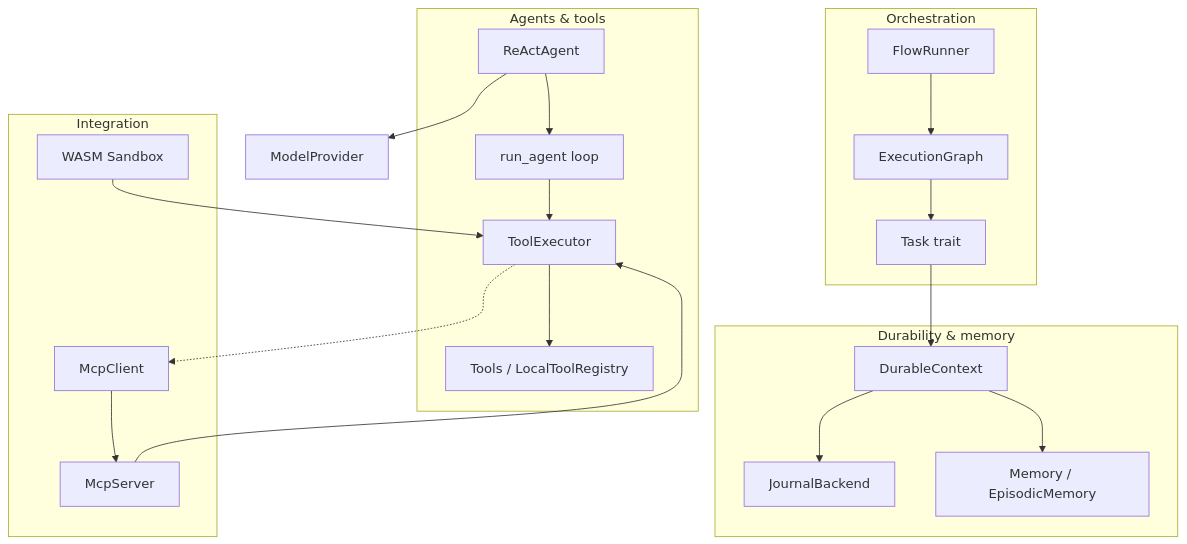
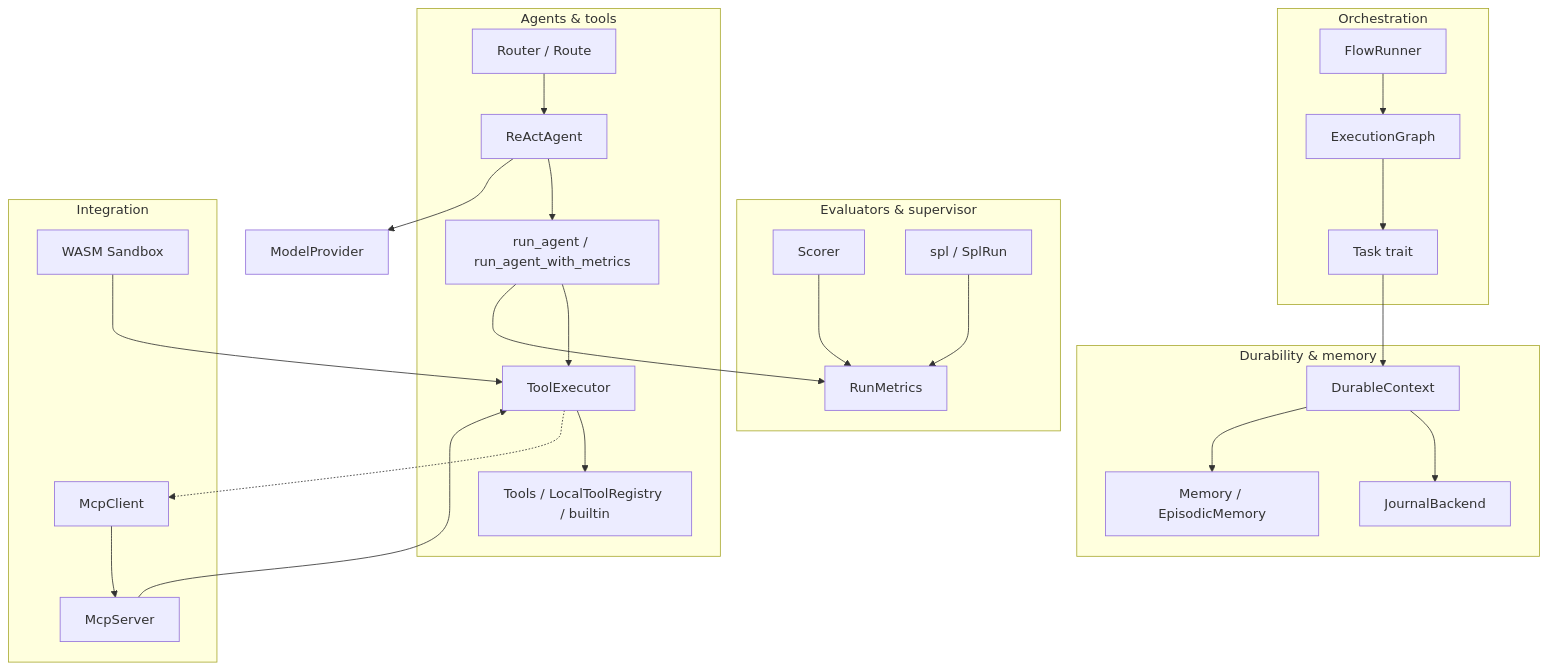
The second of 2 diagrams in documentation/architecture/00-overview.md (Van-Nice/van-swarm), drawn with Mermaid before and after one commit. The commit also changed other lines of this file and 19 other files, not shown here.

````diff
--- a/documentation/architecture/00-overview.md
+++ b/documentation/architecture/00-overview.md
@@ -36,44 +36,55 @@
 ```mermaid
 flowchart TB
     subgraph agents["Agents & tools"]
         ReAct[ReActAgent]
-        run_agent[run_agent loop]
+        run_agent[run_agent / run_agent_with_metrics]
         ToolExec[ToolExecutor]
-        Tools[Tools / LocalToolRegistry]
+        Tools[Tools / LocalToolRegistry / builtin]
+        Router[Router / Route]
+    end
+
+    subgraph eval["Evaluators & supervisor"]
+        Scorer[Scorer]
+        SPL[spl / SplRun]
+        RunMetrics[RunMetrics]
     end
 
     subgraph orchestration["Orchestration"]
         Graph[ExecutionGraph]
         Runner[FlowRunner]
         Task[Task trait]
     end
 
     subgraph durability["Durability & memory"]
         Durable[DurableContext]
         Journal[JournalBackend]
         Memory[Memory / EpisodicMemory]
     end
 
     subgraph integration["Integration"]
         McpClient[McpClient]
         McpServer[McpServer]
         Sandbox[WASM Sandbox]
     end
 
     ReAct --> run_agent
     run_agent --> ToolExec
+    run_agent --> RunMetrics
     ToolExec --> Tools
     ReAct --> ModelProvider[ModelProvider]
+    Router --> ReAct
+    Scorer --> RunMetrics
+    SPL --> RunMetrics
 
     Runner --> Graph
     Graph --> Task
     Task --> Durable
 
     Durable --> Journal
     Durable --> Memory
 
     McpClient --> McpServer
     ToolExec -.-> McpClient
     McpServer --> ToolExec
     Sandbox --> ToolExec
 ```
````
